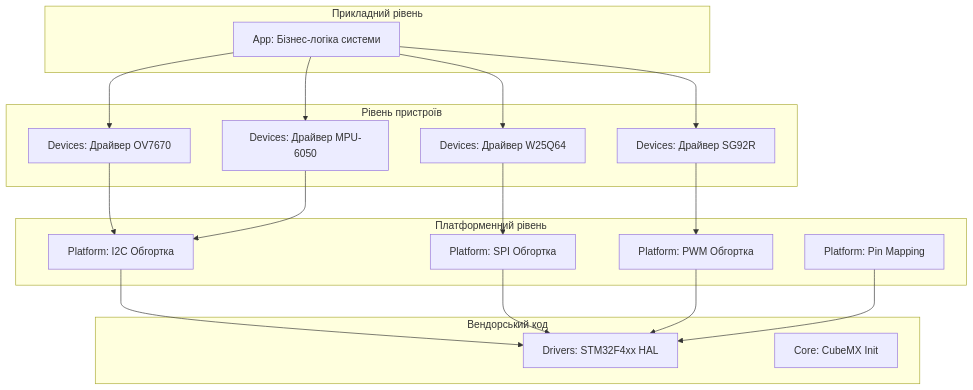
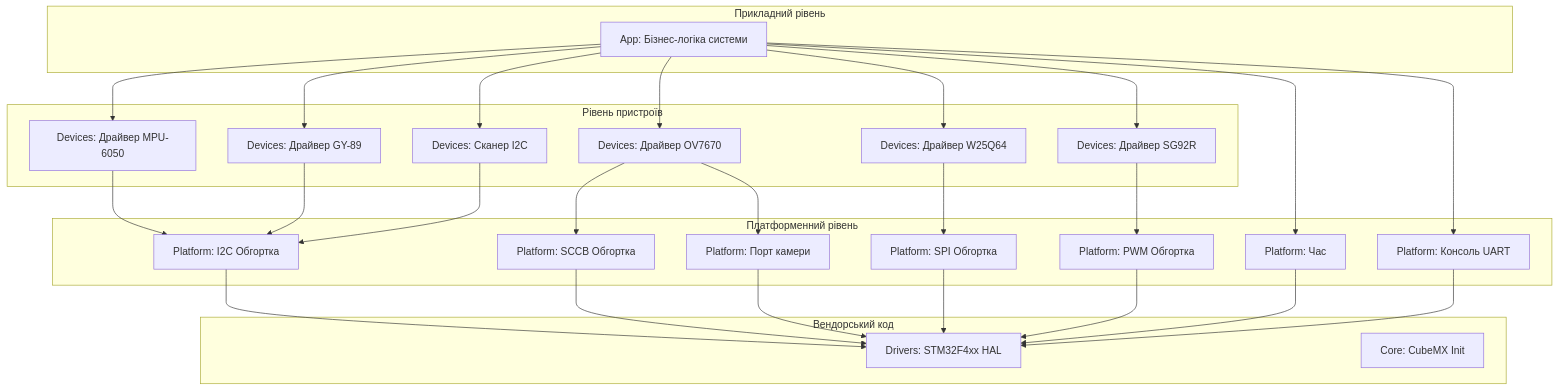
The diagram in docs/architecture.md (T3gi/System), drawn with Mermaid before and after one commit. The commit also changed other lines of this file and 34 other files, not shown here.

Commit message:
Move captures and add capture analysis, update architecture

````diff
--- a/docs/architecture.md
+++ b/docs/architecture.md
@@ -6,40 +6,55 @@
 ```mermaid
 graph TD
     subgraph Прикладний рівень
         App[App: Бізнес-логіка системи]
     end
 
     subgraph Рівень пристроїв
         DevCam[Devices: Драйвер OV7670]
         DevMPU[Devices: Драйвер MPU-6050]
+        DevGY[Devices: Драйвер GY-89]
+        DevScan[Devices: Сканер I2C]
         DevFlash[Devices: Драйвер W25Q64]
         DevServo[Devices: Драйвер SG92R]
     end
 
     subgraph Платформенний рівень
         PlatI2C[Platform: I2C Обгортка]
+        PlatSCCB[Platform: SCCB Обгортка]
+        PlatCam[Platform: Порт камери]
         PlatSPI[Platform: SPI Обгортка]
         PlatPWM[Platform: PWM Обгортка]
-        PlatPins[Platform: Pin Mapping]
+        PlatTime[Platform: Час]
+        PlatBoard[Platform: Консоль UART]
     end
 
     subgraph Вендорський код
         HAL[Drivers: STM32F4xx HAL]
         Core[Core: CubeMX Init]
     end
 
     App --> DevCam
     App --> DevMPU
+    App --> DevGY
+    App --> DevScan
     App --> DevFlash
     App --> DevServo
+    App --> PlatTime
+    App --> PlatBoard
 
-    DevCam --> PlatI2C
+    DevCam --> PlatSCCB
+    DevCam --> PlatCam
     DevMPU --> PlatI2C
+    DevGY --> PlatI2C
+    DevScan --> PlatI2C
     DevFlash --> PlatSPI
     DevServo --> PlatPWM
 
     PlatI2C --> HAL
+    PlatSCCB --> HAL
+    PlatCam --> HAL
     PlatSPI --> HAL
     PlatPWM --> HAL
-    PlatPins --> HAL
+    PlatTime --> HAL
+    PlatBoard --> HAL
 ```
````
